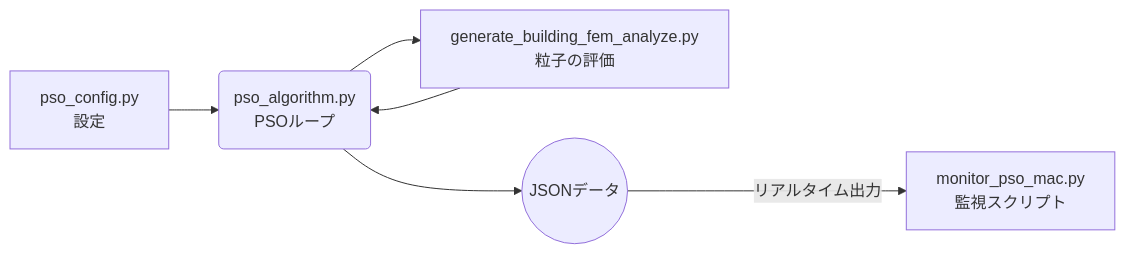
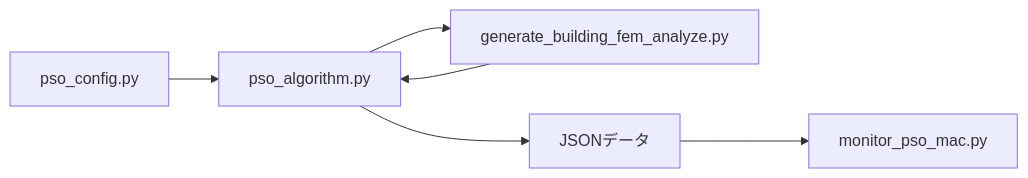
The diagram in docs/PSO_usage.md (jkushida/ai-arch), drawn with Mermaid before and after one commit. The commit also changed 3 other files, not shown here.

First line of the commit message:
Simplify Mermaid diagrams to avoid GitHub Pages compatibility issues 📉

````diff
--- a/docs/PSO_usage.md
+++ b/docs/PSO_usage.md
@@ -17,8 +17,8 @@
 ```mermaid
 graph LR
-    A[pso_config.py<br/>設定] --> B(pso_algorithm.py<br/>PSOループ)
-    B --> C[generate_building_fem_analyze.py<br/>粒子の評価]
+    A[pso_config.py] --> B[pso_algorithm.py]
+    B --> C[generate_building_fem_analyze.py]
     C --> B
-
-    B --> D((JSONデータ)) -- リアルタイム出力 --> E[monitor_pso_mac.py<br/>監視スクリプト]
+    B --> D[JSONデータ]
+    D --> E[monitor_pso_mac.py]
 ```
````
